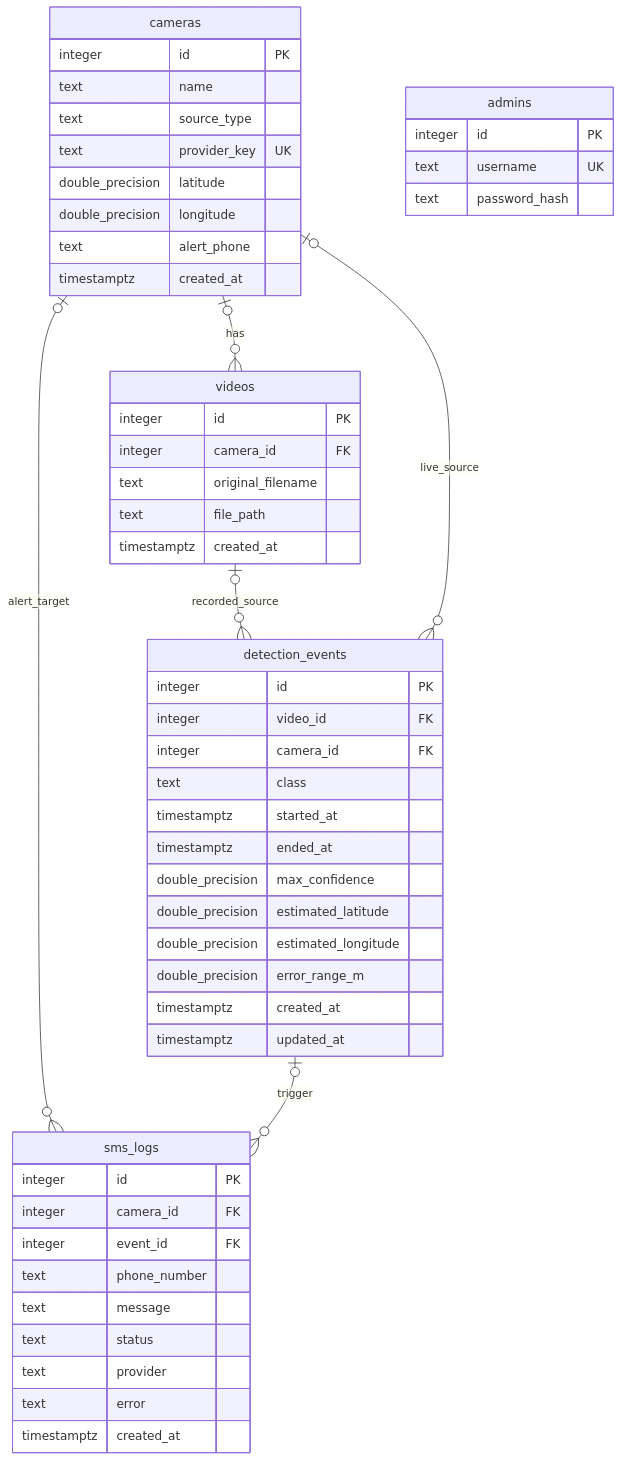
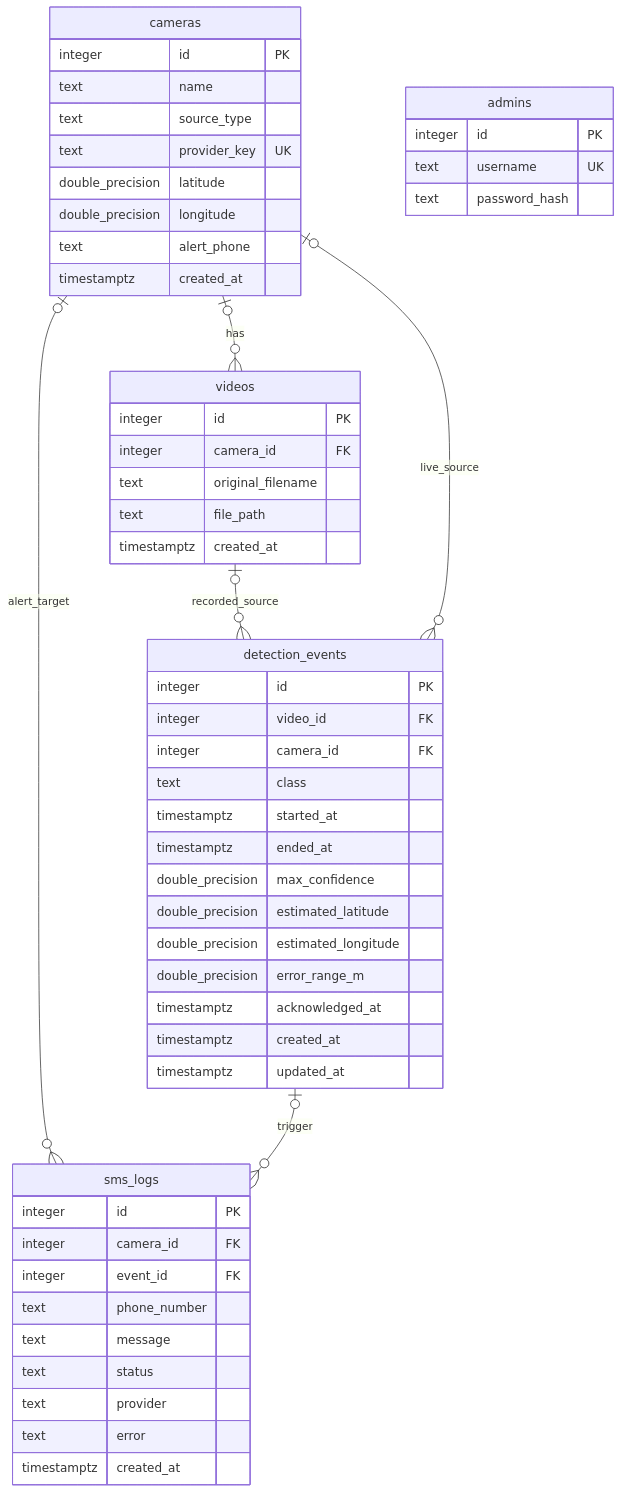
One commit to KNU-FireGuard/wildfire-detection-geolocation changed the diagram in docs/DATABASE.md. Above: the diagram before and after it, drawn with Mermaid.

Commit message:
Docs: ERD에 이벤트 확인 시각 컬럼 추가

````diff
--- a/docs/DATABASE.md
+++ b/docs/DATABASE.md
@@ -9,56 +9,57 @@
 ```mermaid
 erDiagram
     cameras |o--o{ videos : has
     videos |o--o{ detection_events : recorded_source
     cameras |o--o{ detection_events : live_source
     cameras |o--o{ sms_logs : alert_target
     detection_events |o--o{ sms_logs : trigger
 
     cameras {
         integer id PK
         text name
         text source_type
         text provider_key UK
         double_precision latitude
         double_precision longitude
         text alert_phone
         timestamptz created_at
     }
     videos {
         integer id PK
         integer camera_id FK
         text original_filename
         text file_path
         timestamptz created_at
     }
     detection_events {
         integer id PK
         integer video_id FK
         integer camera_id FK
         text class
         timestamptz started_at
         timestamptz ended_at
         double_precision max_confidence
         double_precision estimated_latitude
         double_precision estimated_longitude
         double_precision error_range_m
+        timestamptz acknowledged_at
         timestamptz created_at
         timestamptz updated_at
     }
     admins {
         integer id PK
         text username UK
         text password_hash
     }
     sms_logs {
         integer id PK
         integer camera_id FK
         integer event_id FK
         text phone_number
         text message
         text status
         text provider
         text error
         timestamptz created_at
     }
 ```
````
